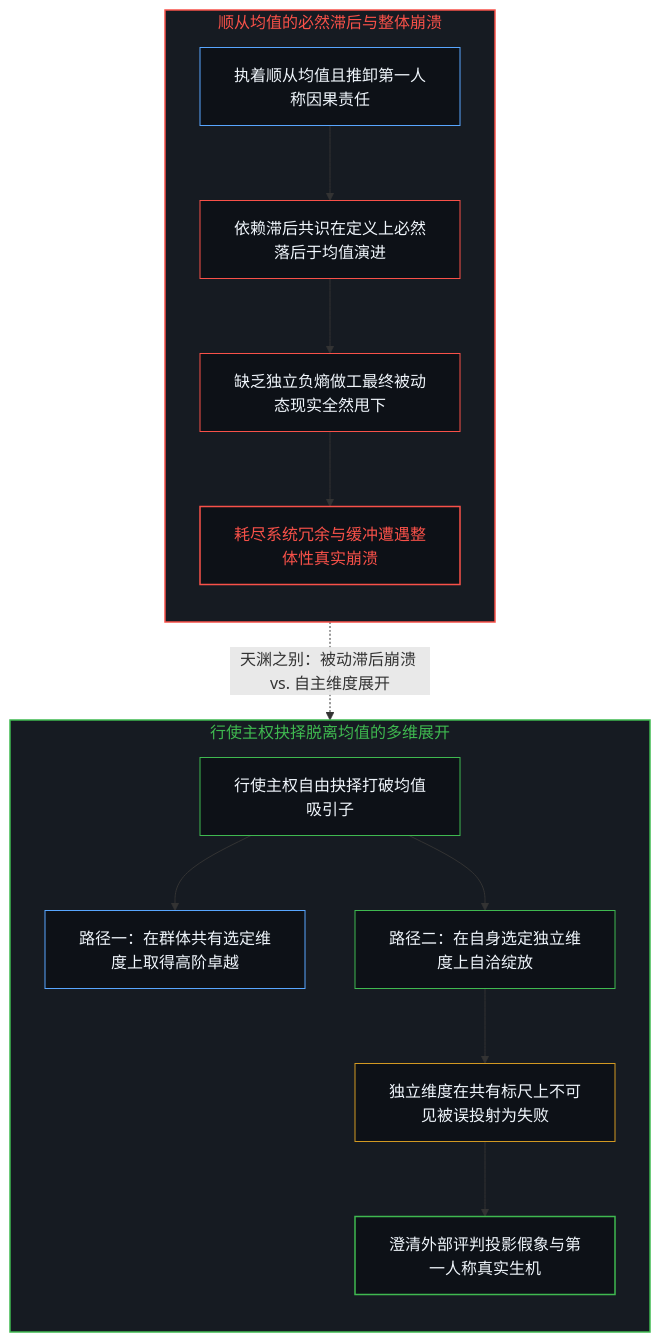
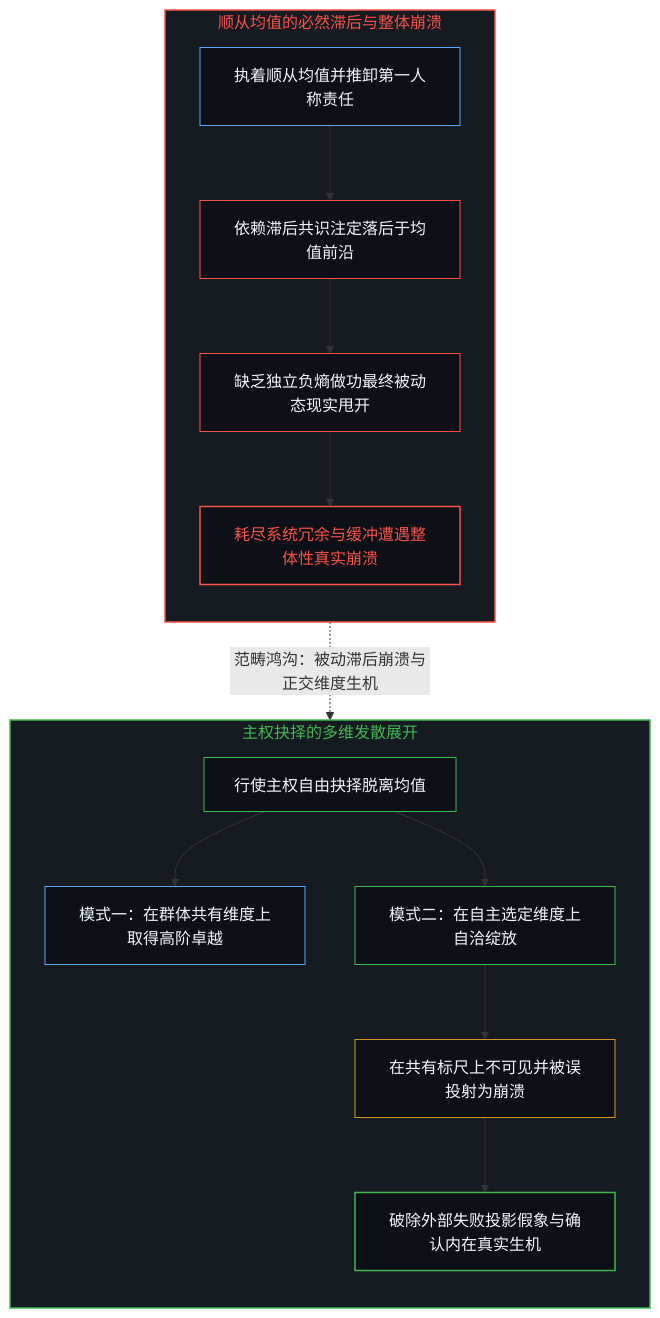
One commit to powerpig99/not-a-toe changed the seventh of 10 diagrams in content/posts/the-explanatory-trap-of-the-ordinary-perspective.md. Above: the diagram before and after it, drawn with Mermaid. The commit also changed other lines of this file and 12 other files, not shown here.

````diff
--- a/content/posts/the-explanatory-trap-of-the-ordinary-perspective.md
+++ b/content/posts/the-explanatory-trap-of-the-ordinary-perspective.md
@@ -237,31 +239,31 @@
 ```mermaid
-graph TD
+flowchart TD
     subgraph S_MeanConformity ["顺从均值的必然滞后与整体崩溃"]
         direction TB
-        C_Conform["执着顺从均值且推卸第一人称因果责任"] --> C_Lag["依赖滞后共识在定义上必然落后于均值演进"]
-        C_Lag --> C_Outrun["缺乏独立负熵做工最终被动态现实全然甩下"]
+        C_Conform["执着顺从均值并推卸第一人称责任"] --> C_Lag["依赖滞后共识注定落后于均值前沿"]
+        C_Lag --> C_Outrun["缺乏独立负熵做功最终被动态现实甩开"]
         C_Outrun --> C_Collapse["耗尽系统冗余与缓冲遭遇整体性真实崩溃"]
     end
 
-    subgraph S_SovereignBreak ["行使主权抉择脱离均值的多维展开"]
+    subgraph S_SovereignBreak ["主权抉择的多维发散展开"]
         direction TB
-        S_Break["行使主权自由抉择打破均值吸引子"] --> S_Shared["路径一：在群体共有选定维度上取得高阶卓越"]
-        S_Break --> S_Orthogonal["路径二：在自身选定独立维度上自洽绽放"]
-        S_Orthogonal --> S_Projection["独立维度在共有标尺上不可见被误投射为失败"]
-        S_Projection --> S_Reality["澄清外部评判投影假象与第一人称真实生机"]
+        S_Break["行使主权自由抉择脱离均值"] --> S_Shared["模式一：在群体共有维度上取得高阶卓越"]
+        S_Break --> S_Orthogonal["模式二：在自主选定维度上自洽绽放"]
+        S_Orthogonal --> S_Projection["在共有标尺上不可见并被误投射为崩溃"]
+        S_Projection --> S_Reality["破除外部失败投影假象与确认内在真实生机"]
     end
 
-    C_Collapse -.->|"天渊之别：被动滞后崩溃 vs. 自主维度展开"| S_Projection
+    C_Collapse -.->|"范畴鸿沟：被动滞后崩溃与正交维度生机"| S_Projection
 
     style S_MeanConformity fill:#161b22,stroke:#f85149,stroke-width:1.5px,color:#f85149
     style S_SovereignBreak fill:#161b22,stroke:#3fb950,stroke-width:1.5px,color:#3fb950
     style C_Conform fill:#0d1117,stroke:#58a6ff,stroke-width:1px,color:#f0f6fc
     style C_Lag fill:#0d1117,stroke:#f85149,stroke-width:1px,color:#f0f6fc
     style C_Outrun fill:#0d1117,stroke:#f85149,stroke-width:1px,color:#f0f6fc
     style C_Collapse fill:#0d1117,stroke:#f85149,stroke-width:1.5px,color:#f85149
     style S_Break fill:#0d1117,stroke:#3fb950,stroke-width:1px,color:#f0f6fc
     style S_Shared fill:#0d1117,stroke:#58a6ff,stroke-width:1px,color:#f0f6fc
     style S_Orthogonal fill:#0d1117,stroke:#3fb950,stroke-width:1px,color:#f0f6fc
     style S_Projection fill:#0d1117,stroke:#d29922,stroke-width:1px,color:#f0f6fc
     style S_Reality fill:#0d1117,stroke:#3fb950,stroke-width:1.5px,color:#f0f6fc
 ```
````
